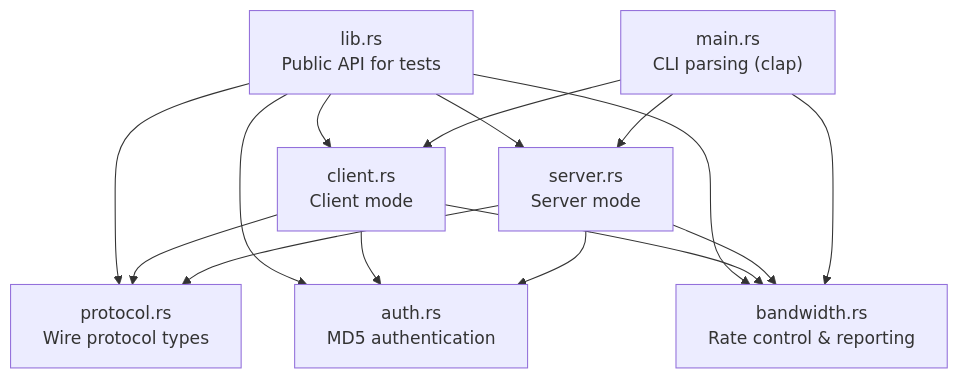
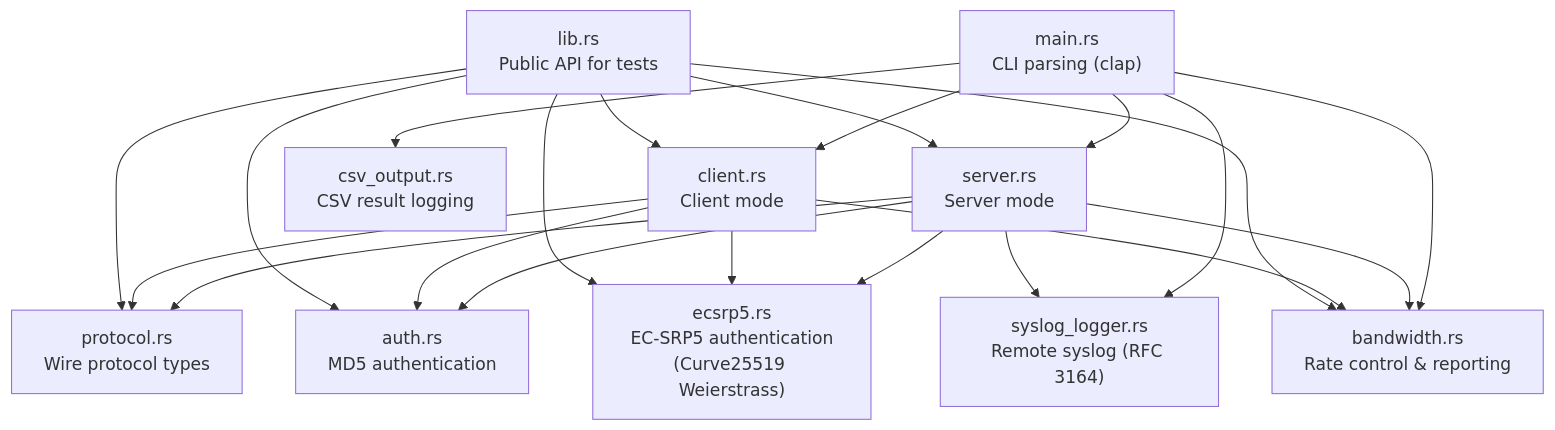
The first of 4 diagrams in docs/architecture.md (manawenuz/btest-rs), drawn with Mermaid before and after one commit. The commit also changed other lines of this file and 8 other files, not shown here.

First line of the commit message:
Add client syslog events, fix client UDP TX error threshold

````diff
--- a/docs/architecture.md
+++ b/docs/architecture.md
@@ -9,25 +9,34 @@
 ```mermaid
 graph TB
     main["main.rs<br/>CLI parsing (clap)"]
     server["server.rs<br/>Server mode"]
     client["client.rs<br/>Client mode"]
     protocol["protocol.rs<br/>Wire protocol types"]
     auth["auth.rs<br/>MD5 authentication"]
+    ecsrp5["ecsrp5.rs<br/>EC-SRP5 authentication<br/>(Curve25519 Weierstrass)"]
     bandwidth["bandwidth.rs<br/>Rate control & reporting"]
+    csv_output["csv_output.rs<br/>CSV result logging"]
+    syslog["syslog_logger.rs<br/>Remote syslog (RFC 3164)"]
     lib["lib.rs<br/>Public API for tests"]
 
     main --> server
     main --> client
     main --> bandwidth
+    main --> csv_output
+    main --> syslog
     server --> protocol
     server --> auth
+    server --> ecsrp5
     server --> bandwidth
+    server --> syslog
     client --> protocol
     client --> auth
+    client --> ecsrp5
     client --> bandwidth
     lib --> server
     lib --> client
     lib --> protocol
     lib --> auth
+    lib --> ecsrp5
     lib --> bandwidth
 ```
````
